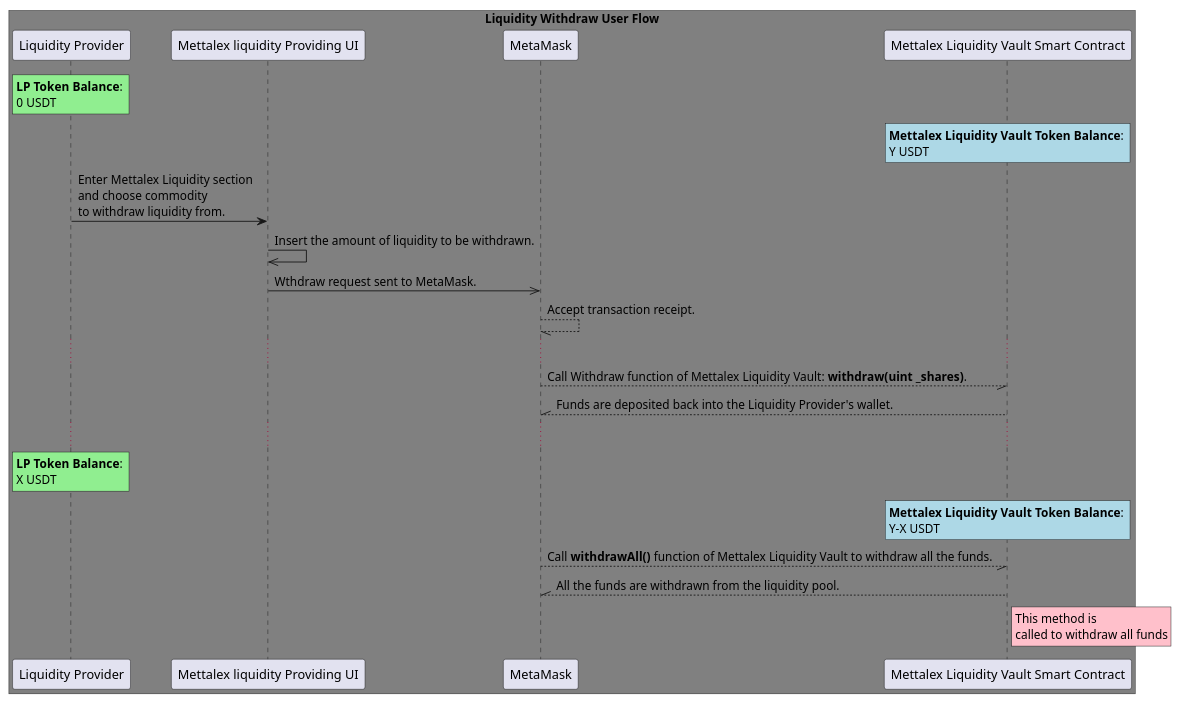
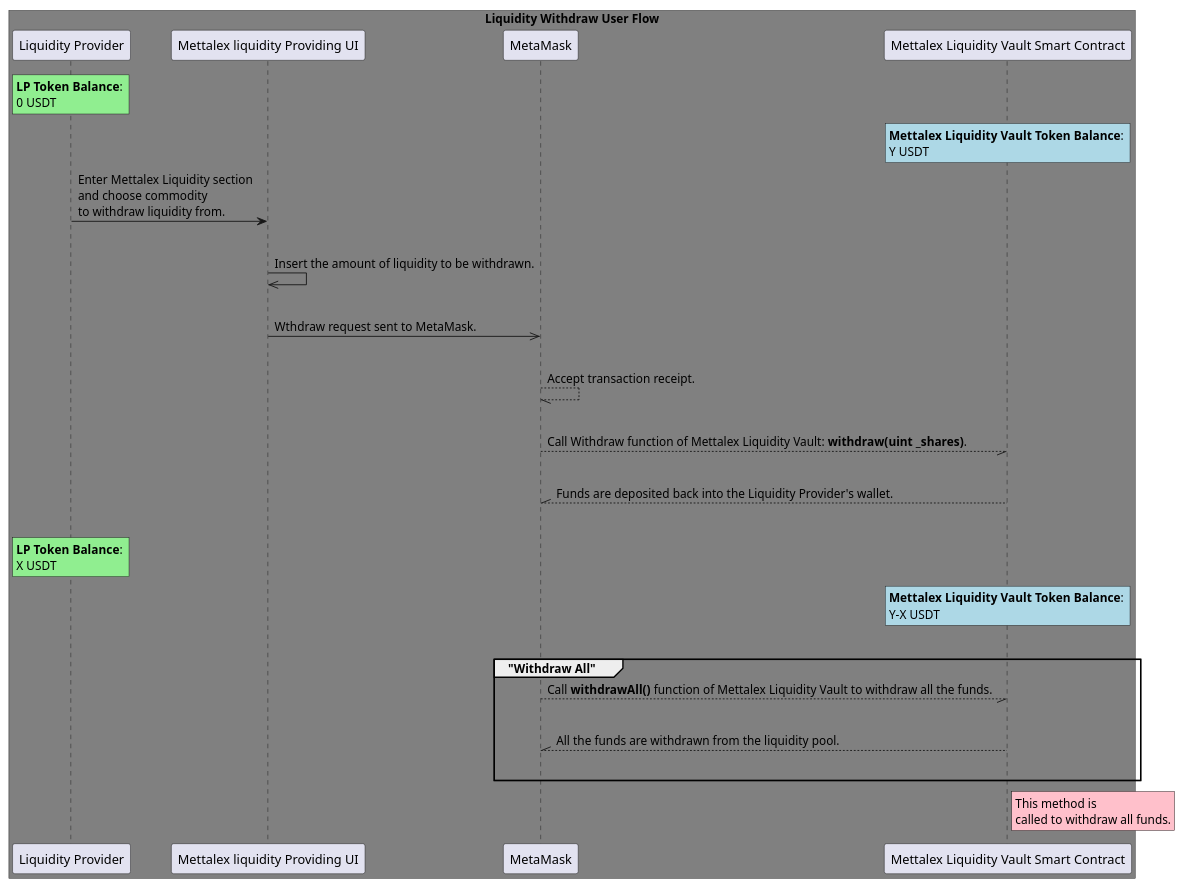
One commit to fetchai/mettalex-documentation changed the diagram in PlantUML and png diagrams/Withdraw APIs.puml. Above: the diagram before and after it, drawn with PlantUML. The commit also changed 4 other files, not shown here.

Commit message:
PlantUML Diagrams

```diff
--- a/PlantUML and png diagrams/Withdraw APIs.puml
+++ b/PlantUML and png diagrams/Withdraw APIs.puml
@@ -1,30 +1,38 @@
 @startuml
 
 box "Liquidity Withdraw User Flow" #grey
 participant "Liquidity Provider" as LP
 participant "Mettalex liquidity Providing UI" as LPUI
 participant "MetaMask" as MM
 participant "Mettalex Liquidity Vault Smart Contract" as LVSC
 
 end box
 
 rnote over LP #lightgreen: **LP Token Balance**: \n0 USDT
 rnote over LVSC #lightblue: **Mettalex Liquidity Vault Token Balance**: \nY USDT
 
 LP -> LPUI: Enter Mettalex Liquidity section\nand choose commodity\nto withdraw liquidity from.
+|||
 LPUI ->> LPUI: Insert the amount of liquidity to be withdrawn.
+|||
 LPUI ->> MM: Wthdraw request sent to MetaMask.
+|||
 MM --// MM: Accept transaction receipt.
-...
+|||
 MM --// LVSC: Call Withdraw function of Mettalex Liquidity Vault: **withdraw(uint _shares)**.
+|||
 LVSC --\\ MM: Funds are deposited back into the Liquidity Provider's wallet.
-...
+|||
 
 rnote over LP #lightgreen: **LP Token Balance**: \nX USDT
 rnote over LVSC #lightblue: **Mettalex Liquidity Vault Token Balance**: \nY-X USDT
-
+|||
+group "Withdraw All"
 MM --// LVSC: Call **withdrawAll()** function of Mettalex Liquidity Vault to withdraw all the funds.
+|||
 LVSC --\\ MM: All the funds are withdrawn from the liquidity pool.
-rnote right of LVSC #pink: This method is\ncalled to withdraw all funds
+|||
+end group
+rnote right of LVSC #pink: This method is\ncalled to withdraw all funds.
 
 @enduml
```
